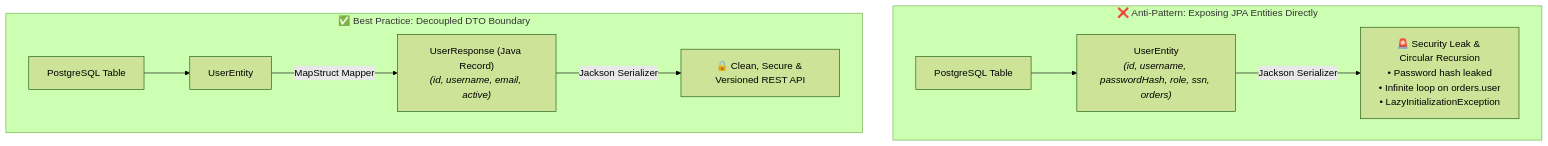
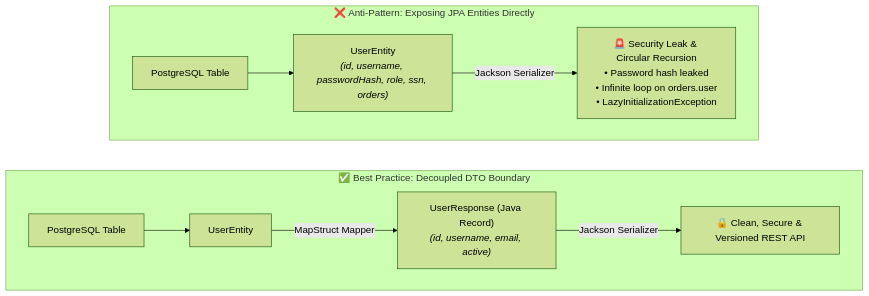
Before and after one commit to Rohit1024/spring-boot-mastery: the first of 3 diagrams in docs/lessons/0010-dto-pattern-and-response-envelopes.md, drawn with Mermaid (forest theme). The commit also changed other lines of this file and 42 other files, not shown here.

````diff
--- a/docs/lessons/0010-dto-pattern-and-response-envelopes.md
+++ b/docs/lessons/0010-dto-pattern-and-response-envelopes.md
@@ -15,13 +15,15 @@
 ``` mermaid
 flowchart TD
     subgraph AntiPattern["❌ Anti-Pattern: Exposing JPA Entities Directly"]
         DB["PostgreSQL Table"] --> Entity["UserEntity<br/><i>(id, username, passwordHash, role, ssn, orders)</i>"]
         Entity -->|Jackson Serializer| Leak["🚨 Security Leak & Circular Recursion<br/>• Password hash leaked<br/>• Infinite loop on orders.user<br/>• LazyInitializationException"]
     end
 
     subgraph DTO_Pattern["✅ Best Practice: Decoupled DTO Boundary"]
         DB2["PostgreSQL Table"] --> Entity2["UserEntity"]
         Entity2 -->|MapStruct Mapper| DTO["UserResponse (Java Record)<br/><i>(id, username, email, active)</i>"]
         DTO -->|Jackson Serializer| CleanAPI["🔒 Clean, Secure & Versioned REST API"]
     end
+
+    AntiPattern ~~~ DTO_Pattern
 ```
````
